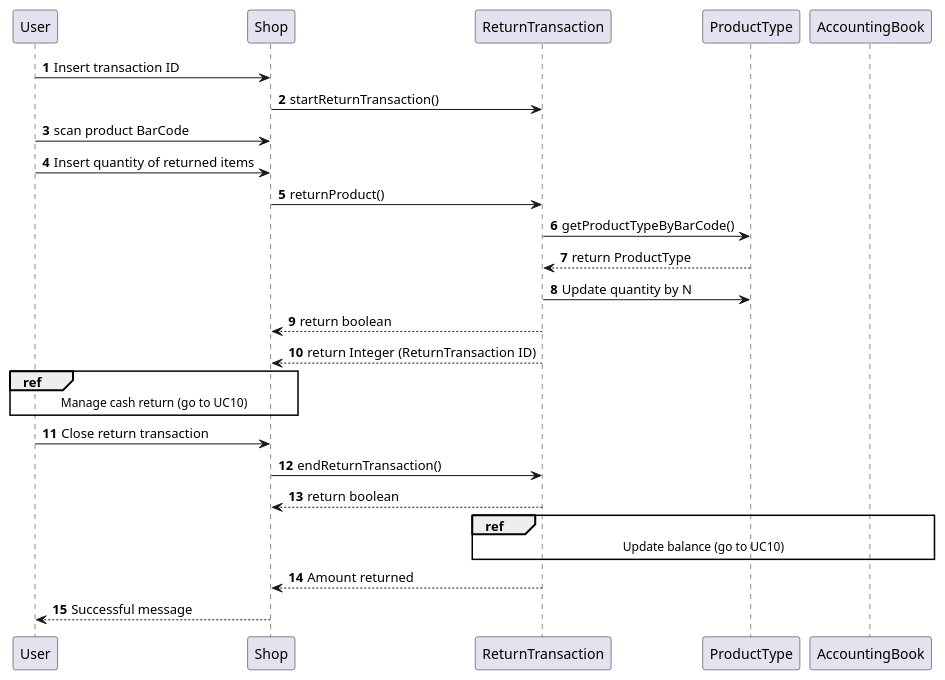
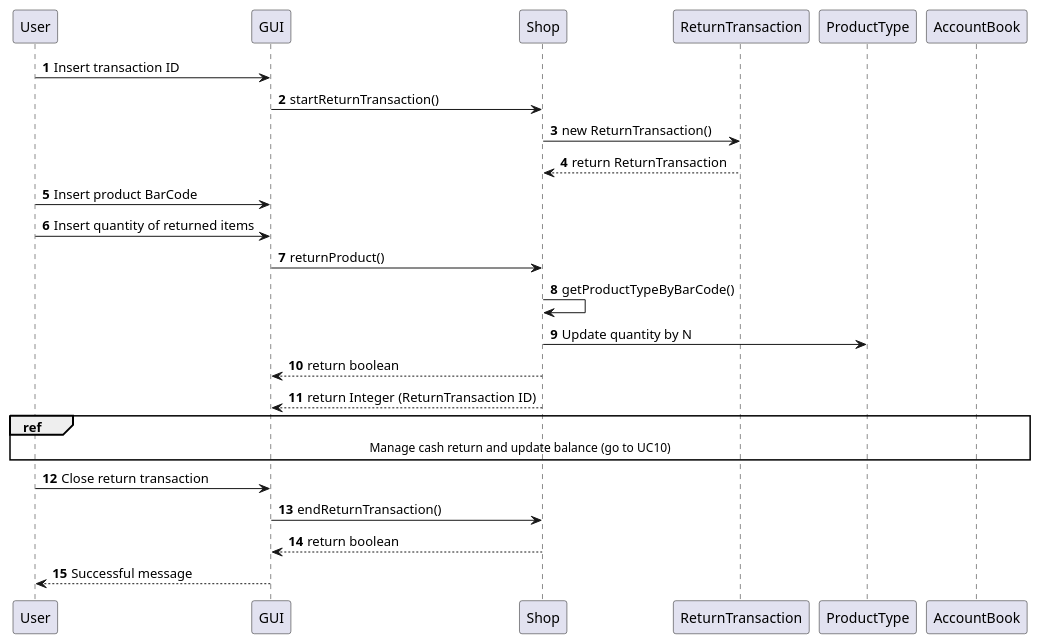
One commit to Stormz4/group20-EzShop changed diagram 17 of 20 in Deliverables/DesignDocument.md. Above: the diagram before and after it, drawn with PlantUML. The commit also changed other lines of this file, not shown here.

````diff
--- a/Deliverables/DesignDocument.md
+++ b/Deliverables/DesignDocument.md
@@ -559,28 +557,23 @@
 ```plantuml
 @startuml
 autonumber
-User -> Shop: Insert transaction ID
-Shop -> ReturnTransaction: startReturnTransaction()
-User -> Shop: scan product BarCode
-User -> Shop: Insert quantity of returned items
-Shop -> ReturnTransaction: returnProduct()
-ReturnTransaction -> ProductType: getProductTypeByBarCode()
-ProductType --> ReturnTransaction: return ProductType
-ReturnTransaction -> ProductType: Update quantity by N
-ReturnTransaction --> Shop: return boolean
-ReturnTransaction --> Shop: return Integer (ReturnTransaction ID)
-ref over Shop, User
-Manage cash return (go to UC10)
+User -> GUI: Insert transaction ID
+GUI -> Shop: startReturnTransaction()
+Shop -> ReturnTransaction: new ReturnTransaction()
+ReturnTransaction --> Shop: return ReturnTransaction
+User -> GUI: Insert product BarCode
+User -> GUI: Insert quantity of returned items
+GUI -> Shop: returnProduct()
+Shop -> Shop: getProductTypeByBarCode()
+Shop -> ProductType: Update quantity by N
+Shop --> GUI: return boolean
+Shop --> GUI: return Integer (ReturnTransaction ID)
+ref over GUI, User, Shop, AccountBook
+Manage cash return and update balance (go to UC10)
 end ref
-User -> Shop: Close return transaction
-Shop -> ReturnTransaction: endReturnTransaction()
-ReturnTransaction --> Shop: return boolean
-
-ref over ReturnTransaction, AccountingBook
-Update balance (go to UC10)
-end ref
-
-ReturnTransaction --> Shop: Amount returned
-Shop --> User: Successful message
+User -> GUI: Close return transaction
+GUI -> Shop: endReturnTransaction()
+Shop --> GUI: return boolean
+GUI --> User: Successful message
 @enduml
 ```
````
